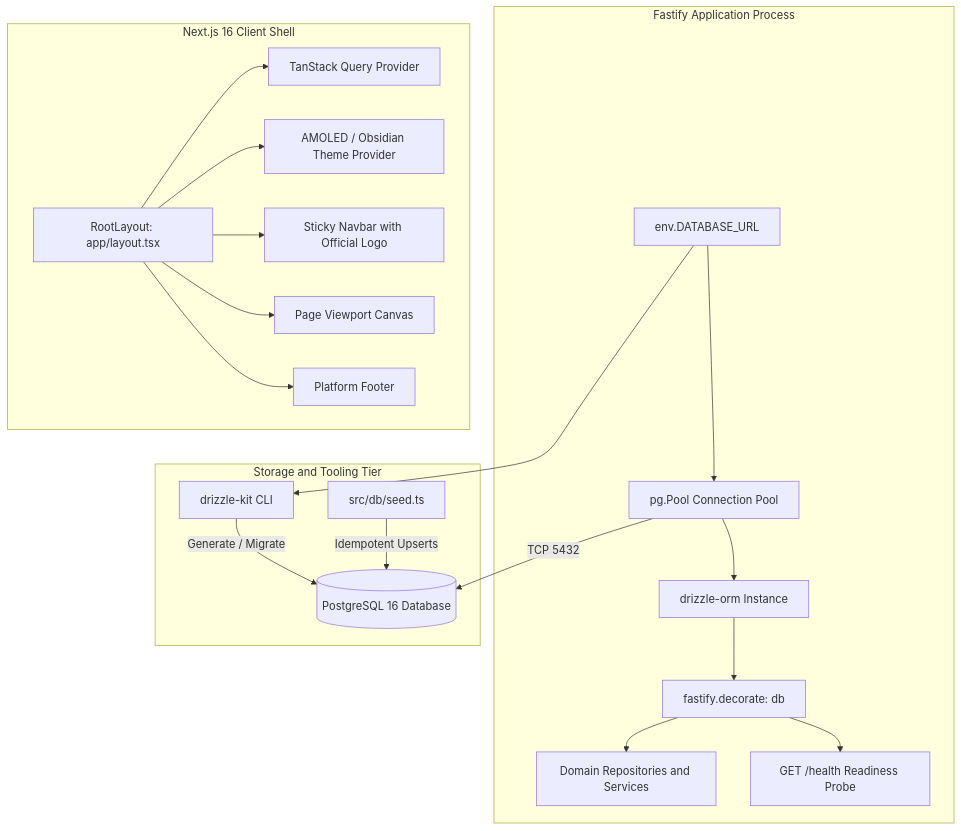
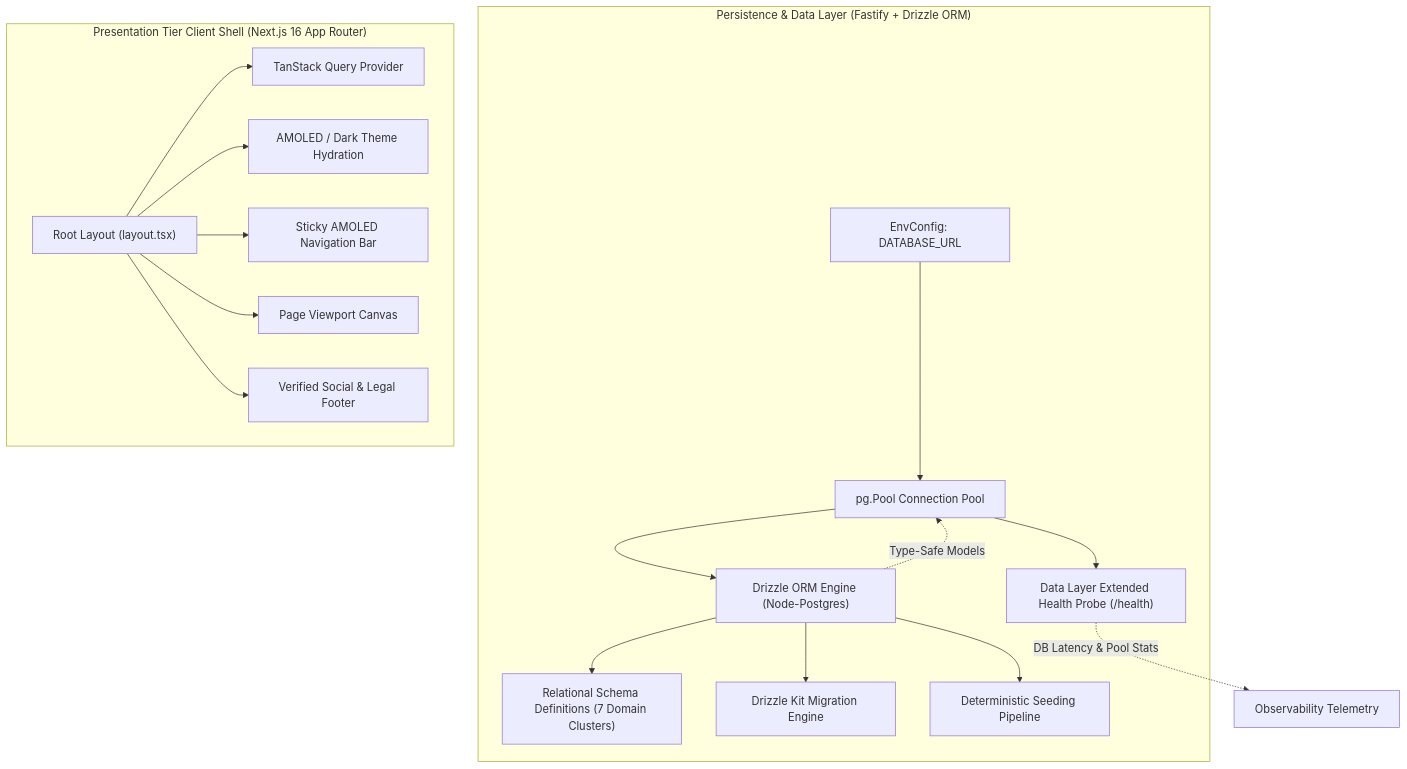
One commit to hrutavmodha/smex-store changed the first of 9 diagrams in docs/internal/design/lld/data-layer.md. Above: the diagram before and after it, drawn with Mermaid. The commit also changed other lines of this file and 1 other file, not shown here.

````diff
--- a/docs/internal/design/lld/data-layer.md
+++ b/docs/internal/design/lld/data-layer.md
@@ -7,25 +7,22 @@
 ```mermaid
 flowchart TD
-    subgraph AppProcess["Fastify Application Process"]
-        CONFIG["env.DATABASE_URL"] --> POOL["pg.Pool Connection Pool"]
-        POOL --> DRIZZLE["drizzle-orm Instance"]
-        DRIZZLE --> DECORATOR["fastify.decorate: db"]
-        DECORATOR --> REPO["Domain Repositories and Services"]
-        DECORATOR --> PROBE["GET /health Readiness Probe"]
+    subgraph DataLayer["Persistence & Data Layer (Fastify + Drizzle ORM)"]
+        ENV["EnvConfig: DATABASE_URL"] --> POOL["pg.Pool Connection Pool"]
+        POOL --> DRIZZLE["Drizzle ORM Engine (Node-Postgres)"]
+        DRIZZLE --> SCHEMAS["Relational Schema Definitions (7 Domain Clusters)"]
+        DRIZZLE --> MIGRATIONS["Drizzle Kit Migration Engine"]
+        DRIZZLE --> SEED["Deterministic Seeding Pipeline"]
+        POOL --> HEALTH["Data Layer Extended Health Probe (/health)"]
     end
 
-    subgraph DataStore["Storage and Tooling Tier"]
-        POOL -->|TCP 5432| PG[("PostgreSQL 16 Database")]
-        CONFIG --> DKIT["drizzle-kit CLI"]
-        DKIT -->|Generate / Migrate| PG
-        SEED["src/db/seed.ts"] -->|Idempotent Upserts| PG
+    subgraph ClientShell["Presentation Tier Client Shell (Next.js 16 App Router)"]
+        LAYOUT["Root Layout (layout.tsx)"] --> QUERY_PROV["TanStack Query Provider"]
+        LAYOUT --> THEME_INIT["AMOLED / Dark Theme Hydration"]
+        LAYOUT --> NAVBAR["Sticky AMOLED Navigation Bar"]
+        LAYOUT --> CONTENT["Page Viewport Canvas"]
+        LAYOUT --> FOOTER["Verified Social & Legal Footer"]
     end
 
-    subgraph ClientShell["Next.js 16 Client Shell"]
-        LAYOUT["RootLayout: app/layout.tsx"] --> QUERY_PROV["TanStack Query Provider"]
-        LAYOUT --> THEME_PROV["AMOLED / Obsidian Theme Provider"]
-        LAYOUT --> NAVBAR["Sticky Navbar with Official Logo"]
-        LAYOUT --> VIEWPORT["Page Viewport Canvas"]
-        LAYOUT --> FOOTER["Platform Footer"]
-    end
+    DRIZZLE -.->|Type-Safe Models| POOL
+    HEALTH -.->|DB Latency & Pool Stats| CLIENT_STATUS["Observability Telemetry"]
 ```
````
